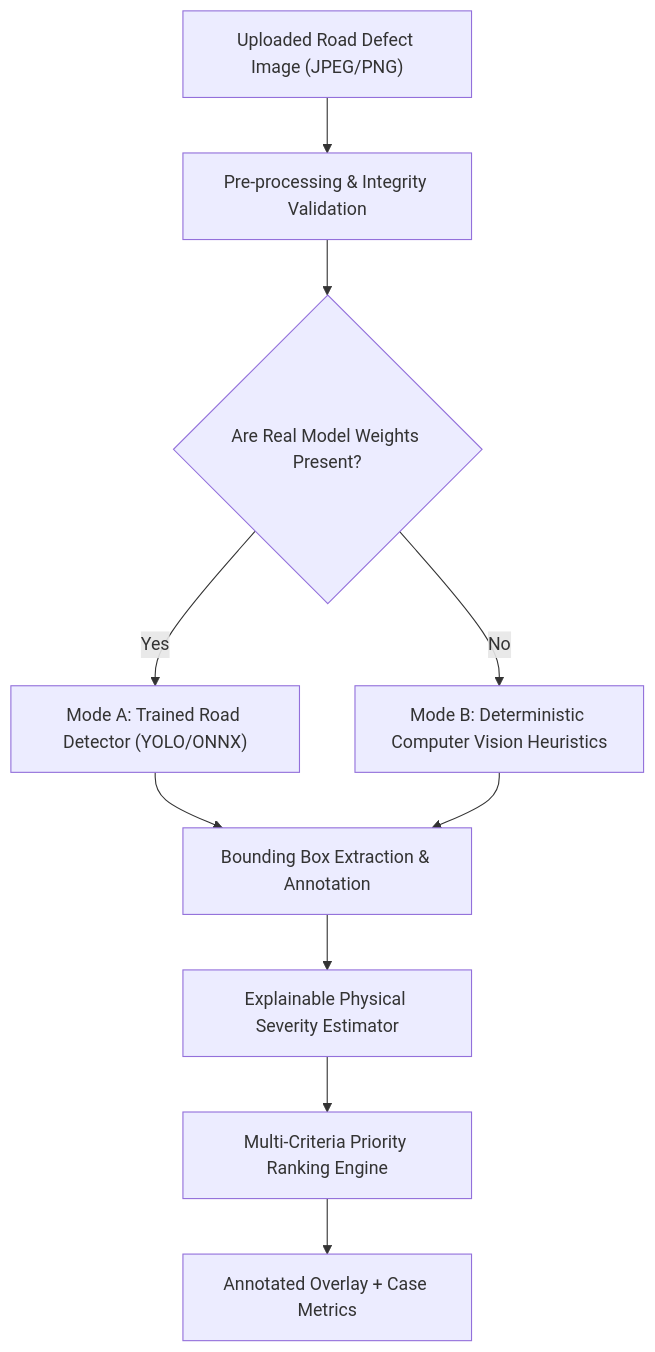
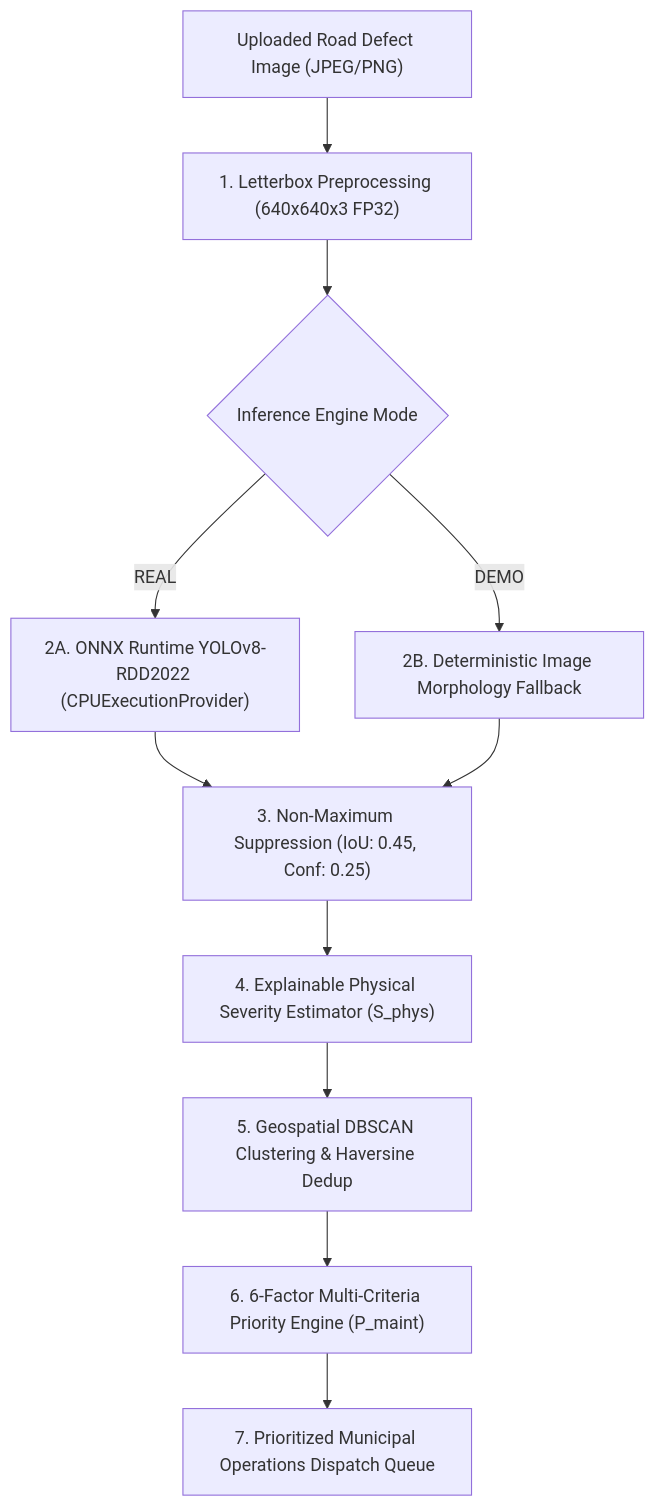
The diagram in docs/AI_METHODOLOGY.md (ayush0531/civiclens-ai), drawn with Mermaid before and after one commit. The commit also changed other lines of this file and 38 other files, not shown here.

Commit message:
feat: upgrade to CivicLens AI 2.0 with ONNX Runtime YOLOv8, Model Lab, DBSCAN Hotspots & Configurable Priority Policy

````diff
--- a/docs/AI_METHODOLOGY.md
+++ b/docs/AI_METHODOLOGY.md
@@ -9,15 +9,16 @@
 ```mermaid
 flowchart TD
-    ImgIn["Uploaded Road Defect Image (JPEG/PNG)"] --> PreProc["Pre-processing & Integrity Validation"]
-    PreProc --> ModeCheck{"Are Real Model Weights Present?"}
+    ImgIn["Uploaded Road Defect Image (JPEG/PNG)"] --> PreProc["1. Letterbox Preprocessing (640x640x3 FP32)"]
+    PreProc --> EngineChoice{"Inference Engine Mode"}
     
-    ModeCheck -- Yes --> RealMode["Mode A: Trained Road Detector (YOLO/ONNX)"]
-    ModeCheck -- No --> DemoMode["Mode B: Deterministic Computer Vision Heuristics"]
+    EngineChoice -- REAL --> ONNXRuntime["2A. ONNX Runtime YOLOv8-RDD2022 (CPUExecutionProvider)"]
+    EngineChoice -- DEMO --> Heuristic["2B. Deterministic Image Morphology Fallback"]
     
-    RealMode --> PostProc["Bounding Box Extraction & Annotation"]
-    DemoMode --> PostProc
+    ONNXRuntime --> NMS["3. Non-Maximum Suppression (IoU: 0.45, Conf: 0.25)"]
+    Heuristic --> NMS
     
-    PostProc --> SevCalc["Explainable Physical Severity Estimator"]
-    SevCalc --> PrioCalc["Multi-Criteria Priority Ranking Engine"]
-    PrioCalc --> Output["Annotated Overlay + Case Metrics"]
+    NMS --> SevEngine["4. Explainable Physical Severity Estimator (S_phys)"]
+    SevEngine --> DBSCAN["5. Geospatial DBSCAN Clustering & Haversine Dedup"]
+    DBSCAN --> PriorityEngine["6. 6-Factor Multi-Criteria Priority Engine (P_maint)"]
+    PriorityEngine --> Dispatch["7. Prioritized Municipal Operations Dispatch Queue"]
 ```
````
